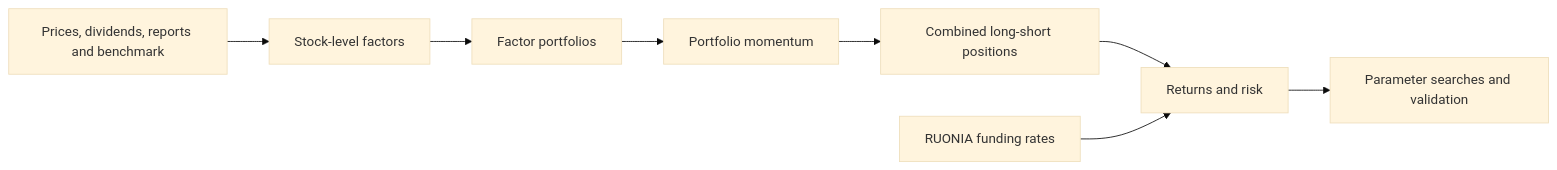
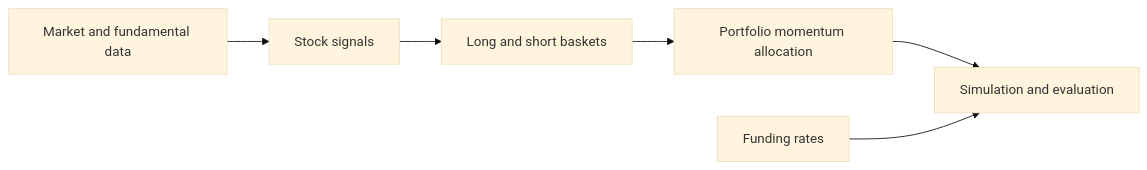
One commit to LeksZy/momentum_of_factor_portfolios_showcase changed the diagram in README.md. Above: the diagram before and after it, drawn with Mermaid (base theme). The commit also changed other lines of this file and 4 other files, not shown here.

````diff
--- a/README.md
+++ b/README.md
@@ -28,10 +34,8 @@
 ```mermaid
 flowchart LR
-    A[Prices, dividends, reports and benchmark] --> B[Stock-level factors]
-    B --> C[Factor portfolios]
-    C --> D[Portfolio momentum]
-    D --> E[Combined long-short positions]
-    E --> F[Returns and risk]
-    R[RUONIA funding rates] --> F
-    F --> G[Parameter searches and validation]
+    A[Market and fundamental data] --> B[Stock signals]
+    B --> C[Long and short baskets]
+    C --> D[Portfolio momentum allocation]
+    D --> E[Simulation and evaluation]
+    R[Funding rates] --> E
 ```
````
